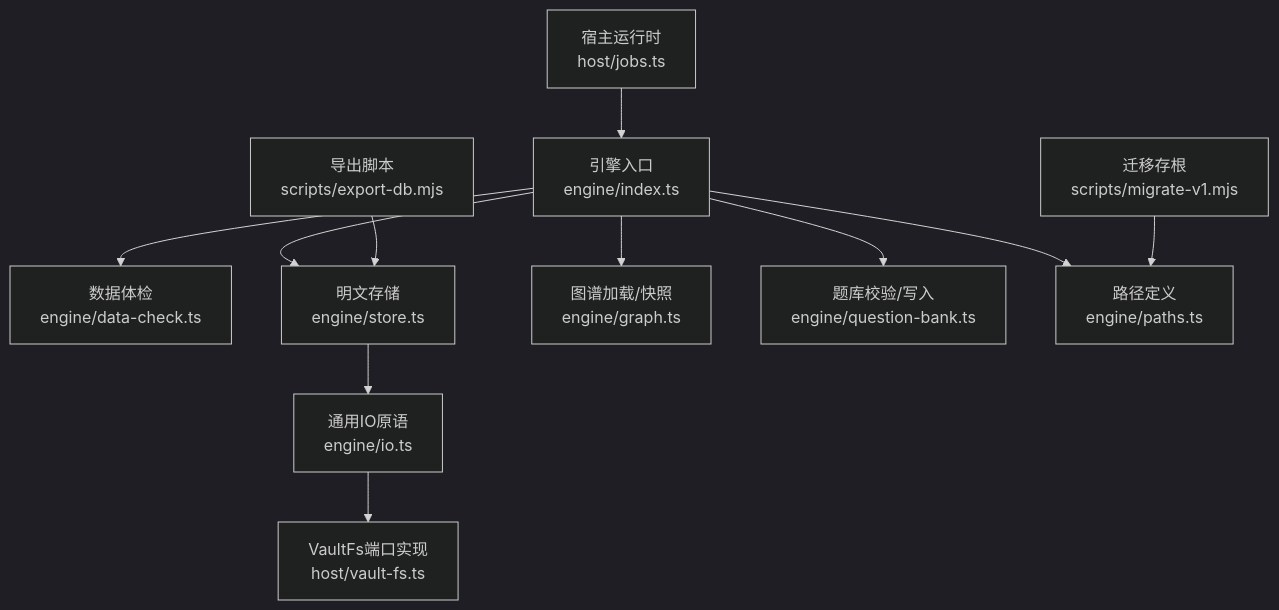
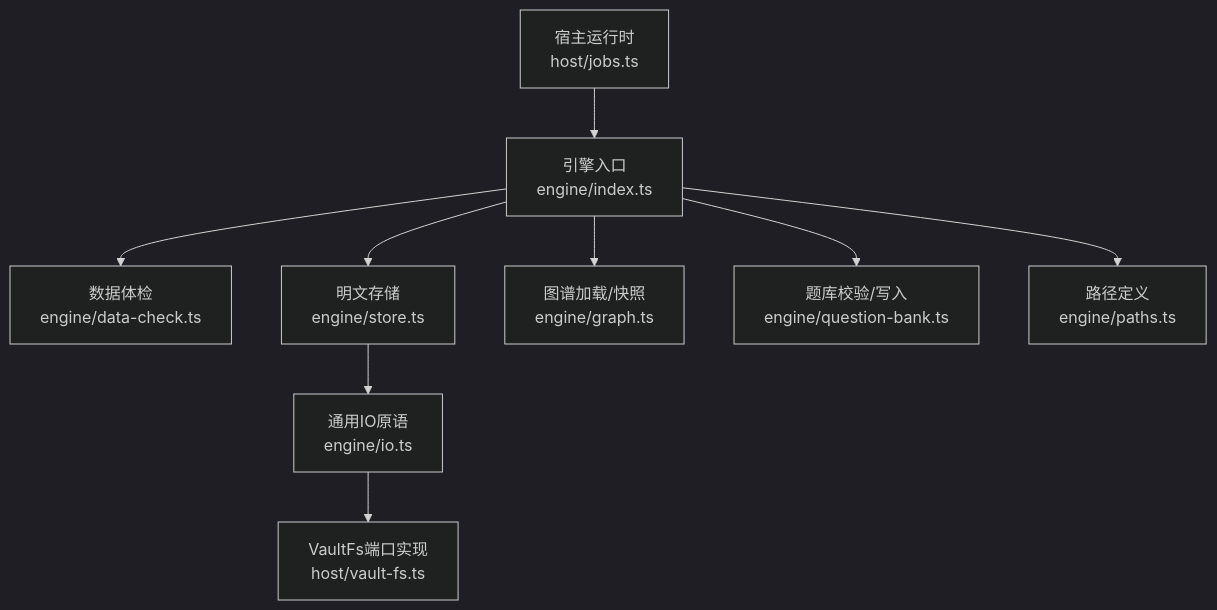
One commit to maozhijie/learnhub-plugin changed the first of 9 diagrams in .qoder/repowiki/zh/content/故障排除/数据恢复.md. Above: the diagram before and after it, drawn with Mermaid (dark theme). The commit also changed other lines of this file and 42 other files, not shown here.

````diff
--- a/.qoder/repowiki/zh/content/故障排除/数据恢复.md
+++ b/.qoder/repowiki/zh/content/故障排除/数据恢复.md
@@ -44,13 +49,11 @@
 ```mermaid
 graph TB
 A["宿主运行时<br/>host/jobs.ts"] --> B["引擎入口<br/>engine/index.ts"]
 B --> C["数据体检<br/>engine/data-check.ts"]
 B --> D["明文存储<br/>engine/store.ts"]
 D --> E["通用IO原语<br/>engine/io.ts"]
 E --> F["VaultFs端口实现<br/>host/vault-fs.ts"]
 B --> G["图谱加载/快照<br/>engine/graph.ts"]
 B --> H["题库校验/写入<br/>engine/question-bank.ts"]
 B --> I["路径定义<br/>engine/paths.ts"]
-J["导出脚本<br/>scripts/export-db.mjs"] --> D
-K["迁移存根<br/>scripts/migrate-v1.mjs"] --> I
 ```
````
